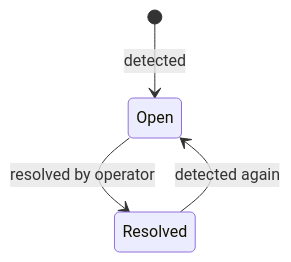
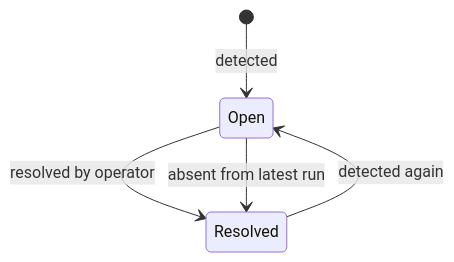
The second of 2 diagrams in docs/architecture/adr-004-data-model.md (1cbyc/datalint), drawn with Mermaid before and after one commit. The commit also changed other lines of this file and 19 other files, not shown here.

````diff
--- a/docs/architecture/adr-004-data-model.md
+++ b/docs/architecture/adr-004-data-model.md
@@ -46,6 +61,7 @@
 ```mermaid
 stateDiagram-v2
   [*] --> Open: detected
   Open --> Resolved: resolved by operator
+  Open --> Resolved: absent from latest run
   Resolved --> Open: detected again
 ```
````
